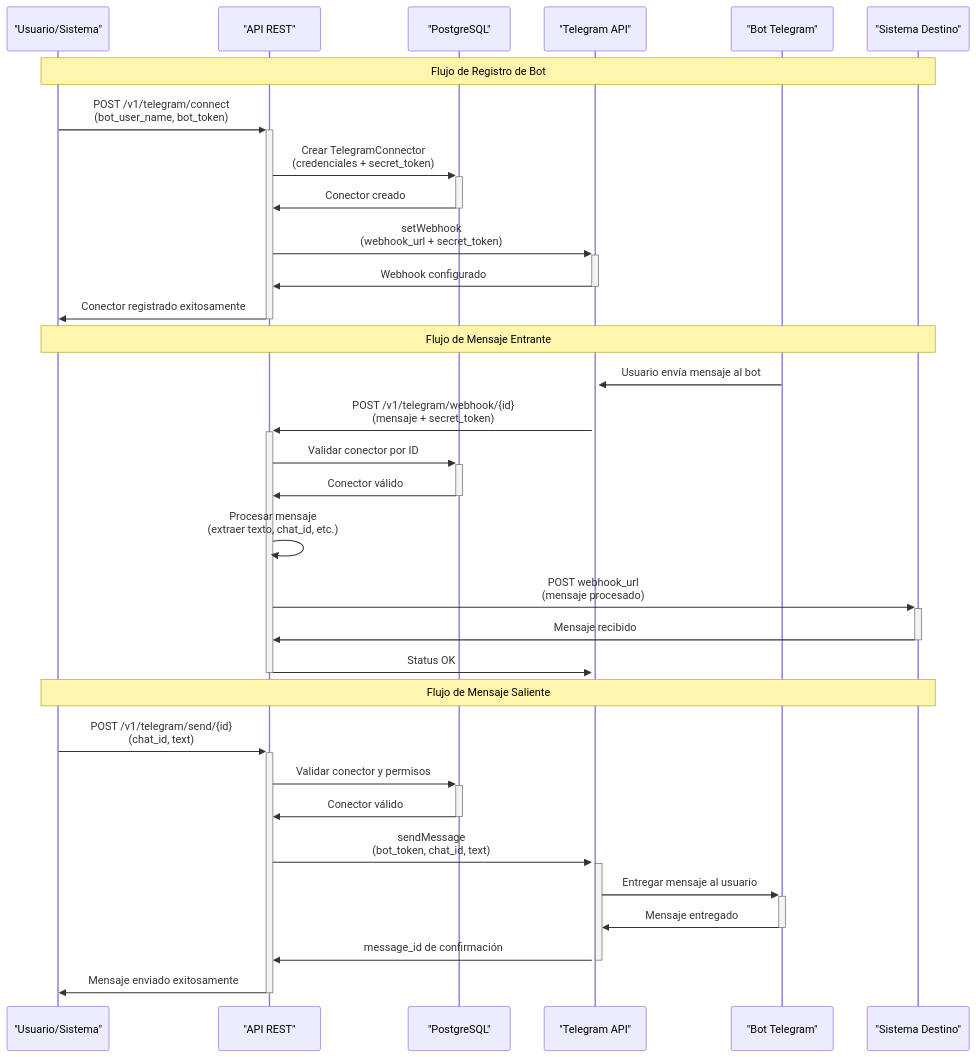
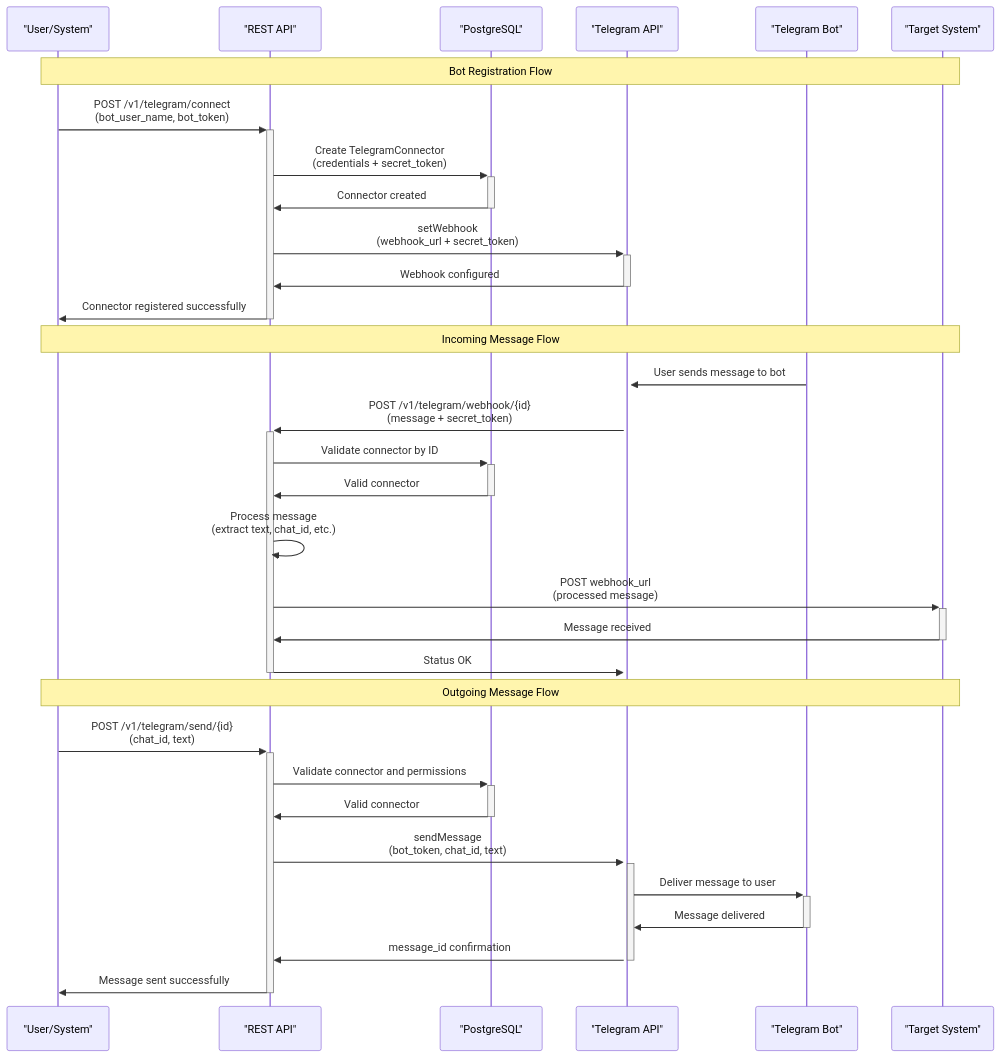
Before and after one commit to ronihdzz/telegram-connector: the diagram in README.md, drawn with Mermaid. The commit also changed other lines of this file and 1 other file, not shown here.

````diff
--- a/README.md
+++ b/README.md
@@ -26,37 +31,37 @@
 ```mermaid
 sequenceDiagram
-    participant User as "Usuario/Sistema"
-    participant API as "API REST"
+    participant User as "User/System"
+    participant API as "REST API"
     participant DB as "PostgreSQL"
     participant TG as "Telegram API" 
-    participant Bot as "Bot Telegram"
-    participant Webhook as "Sistema Destino"
+    participant Bot as "Telegram Bot"
+    participant Webhook as "Target System"
     
-    Note over User,Webhook: Flujo de Registro de Bot
+    Note over User,Webhook: Bot Registration Flow
     User->>+API: POST /v1/telegram/connect<br/>(bot_user_name, bot_token)
-    API->>+DB: Crear TelegramConnector<br/>(credenciales + secret_token)
-    DB->>-API: Conector creado
+    API->>+DB: Create TelegramConnector<br/>(credentials + secret_token)
+    DB->>-API: Connector created
     API->>+TG: setWebhook<br/>(webhook_url + secret_token)
-    TG->>-API: Webhook configurado
-    API->>-User: Conector registrado exitosamente
+    TG->>-API: Webhook configured
+    API->>-User: Connector registered successfully
     
-    Note over User,Webhook: Flujo de Mensaje Entrante
-    Bot->>+TG: Usuario envía mensaje al bot
-    TG->>+API: POST /v1/telegram/webhook/{id}<br/>(mensaje + secret_token)
-    API->>+DB: Validar conector por ID
-    DB->>-API: Conector válido
-    API->>API: Procesar mensaje<br/>(extraer texto, chat_id, etc.)
-    API->>+Webhook: POST webhook_url<br/>(mensaje procesado)
-    Webhook->>-API: Mensaje recibido
+    Note over User,Webhook: Incoming Message Flow
+    Bot->>+TG: User sends message to bot
+    TG->>+API: POST /v1/telegram/webhook/{id}<br/>(message + secret_token)
+    API->>+DB: Validate connector by ID
+    DB->>-API: Valid connector
+    API->>API: Process message<br/>(extract text, chat_id, etc.)
+    API->>+Webhook: POST webhook_url<br/>(processed message)
+    Webhook->>-API: Message received
     API->>-TG: Status OK
     
-    Note over User,Webhook: Flujo de Mensaje Saliente
+    Note over User,Webhook: Outgoing Message Flow
     User->>+API: POST /v1/telegram/send/{id}<br/>(chat_id, text)
-    API->>+DB: Validar conector y permisos
-    DB->>-API: Conector válido
+    API->>+DB: Validate connector and permissions
+    DB->>-API: Valid connector
     API->>+TG: sendMessage<br/>(bot_token, chat_id, text)
-    TG->>+Bot: Entregar mensaje al usuario
-    Bot->>-TG: Mensaje entregado
-    TG->>-API: message_id de confirmación
-    API->>-User: Mensaje enviado exitosamente
+    TG->>+Bot: Deliver message to user
+    Bot->>-TG: Message delivered
+    TG->>-API: message_id confirmation
+    API->>-User: Message sent successfully
 ```
````
